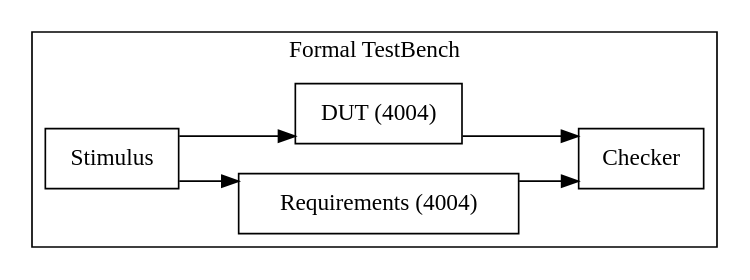
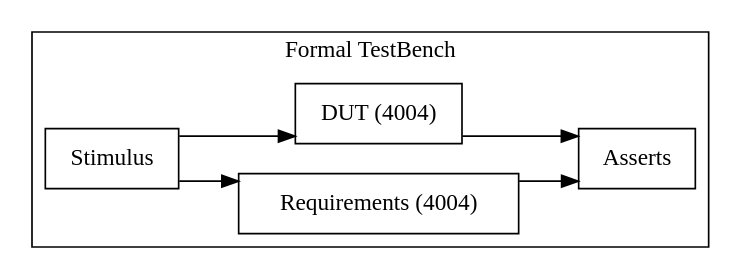
The diagram in lifecycle/devops/assets/chapter4/hardware-4004-formal-verification.dot (PacoReinaCampo/SoC-RTOS), drawn with Graphviz before and after one commit. The commit also changed 68 other files, not shown here.

```diff
--- a/lifecycle/devops/assets/chapter4/hardware-4004-formal-verification.dot
+++ b/lifecycle/devops/assets/chapter4/hardware-4004-formal-verification.dot
@@ -1,19 +1,19 @@
 digraph Project {
   // Introduction
   graph [rankdir = LR, splines=ortho];
   node[shape=record];
 
   // Blocks
   subgraph "cluster FormalTestBench" { label = "Formal TestBench";
     Stimulus[shape=box, label="Stimulus"];
     Requirements[shape=box, label="Requirements (4004)"];
     DUT[shape=box, label="DUT (4004)"];
-    Checker[shape=box, label="Checker"];
+    Asserts[shape=box, label="Asserts"];
   }
 
   // Sequence
   Stimulus -> Requirements;
   Stimulus -> DUT;
-  Requirements -> Checker;
-  DUT -> Checker;
+  Requirements -> Asserts;
+  DUT -> Asserts;
 }
```
